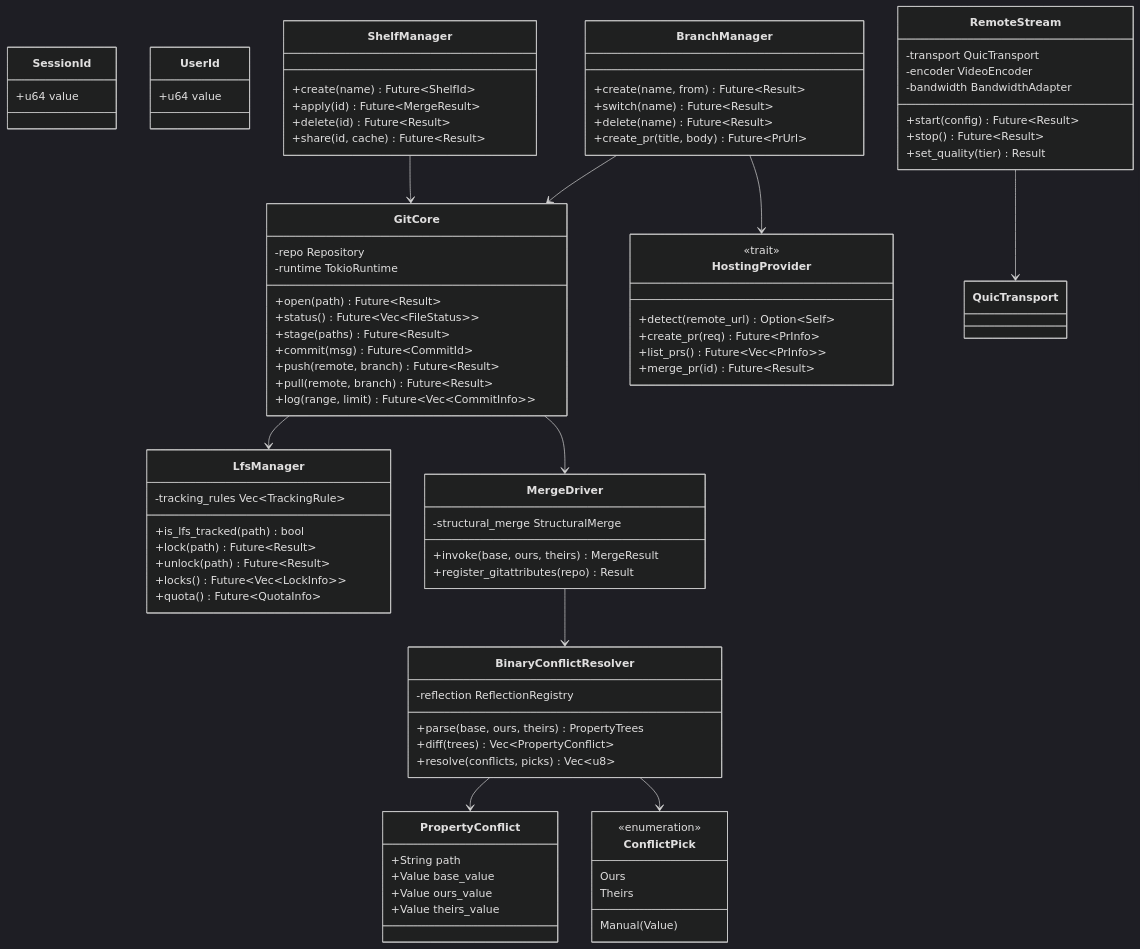
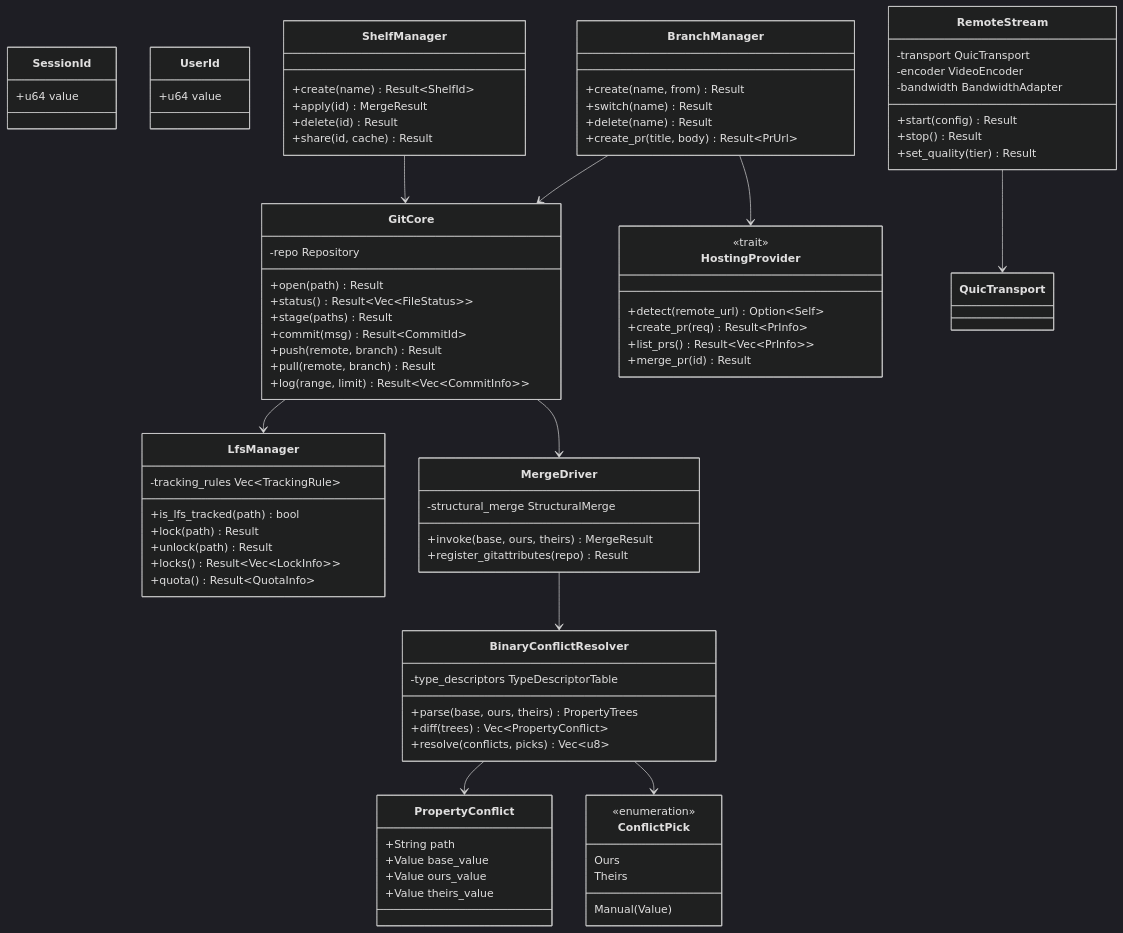
One commit to harmonius-dev/harmonius changed the sixth of 6 diagrams in docs/design/tools/team-tools.md. Above: the diagram before and after it, drawn with Mermaid (dark theme). The commit also changed other lines of this file and 174 other files, not shown here.

```diff
--- a/docs/design/tools/team-tools.md
+++ b/docs/design/tools/team-tools.md
@@ -183,28 +188,27 @@
         -transport QuicTransport
         -encoder VideoEncoder
         -bandwidth BandwidthAdapter
-        +start(config) Future~Result~
-        +stop() Future~Result~
+        +start(config) Result
+        +stop() Result
         +set_quality(tier) Result
     }
     class GitCore {
         -repo Repository
-        -runtime TokioRuntime
-        +open(path) Future~Result~
-        +status() Future~Vec~FileStatus~~
-        +stage(paths) Future~Result~
-        +commit(msg) Future~CommitId~
-        +push(remote, branch) Future~Result~
-        +pull(remote, branch) Future~Result~
-        +log(range, limit) Future~Vec~CommitInfo~~
+        +open(path) Result
+        +status() Result~Vec~FileStatus~~
+        +stage(paths) Result
+        +commit(msg) Result~CommitId~
+        +push(remote, branch) Result
+        +pull(remote, branch) Result
+        +log(range, limit) Result~Vec~CommitInfo~~
     }
     class LfsManager {
         -tracking_rules Vec~TrackingRule~
         +is_lfs_tracked(path) bool
-        +lock(path) Future~Result~
-        +unlock(path) Future~Result~
-        +locks() Future~Vec~LockInfo~~
-        +quota() Future~QuotaInfo~
+        +lock(path) Result
+        +unlock(path) Result
+        +locks() Result~Vec~LockInfo~~
+        +quota() Result~QuotaInfo~
     }
     class MergeDriver {
         -structural_merge StructuralMerge
@@ -212,7 +216,7 @@
         +register_gitattributes(repo) Result
     }
     class BinaryConflictResolver {
-        -reflection ReflectionRegistry
+        -type_descriptors TypeDescriptorTable
         +parse(base, ours, theirs) PropertyTrees
         +diff(trees) Vec~PropertyConflict~
         +resolve(conflicts, picks) Vec~u8~
@@ -230,23 +234,23 @@
         Manual(Value)
     }
     class BranchManager {
-        +create(name, from) Future~Result~
-        +switch(name) Future~Result~
-        +delete(name) Future~Result~
-        +create_pr(title, body) Future~PrUrl~
+        +create(name, from) Result
+        +switch(name) Result
+        +delete(name) Result
+        +create_pr(title, body) Result~PrUrl~
     }
     class ShelfManager {
-        +create(name) Future~ShelfId~
-        +apply(id) Future~MergeResult~
-        +delete(id) Future~Result~
-        +share(id, cache) Future~Result~
+        +create(name) Result~ShelfId~
+        +apply(id) MergeResult
+        +delete(id) Result
+        +share(id, cache) Result
     }
     class HostingProvider {
         <<trait>>
         +detect(remote_url) Option~Self~
-        +create_pr(req) Future~PrInfo~
-        +list_prs() Future~Vec~PrInfo~~
-        +merge_pr(id) Future~Result~
+        +create_pr(req) Result~PrInfo~
+        +list_prs() Result~Vec~PrInfo~~
+        +merge_pr(id) Result
     }
 
     GitCore --> LfsManager
```
